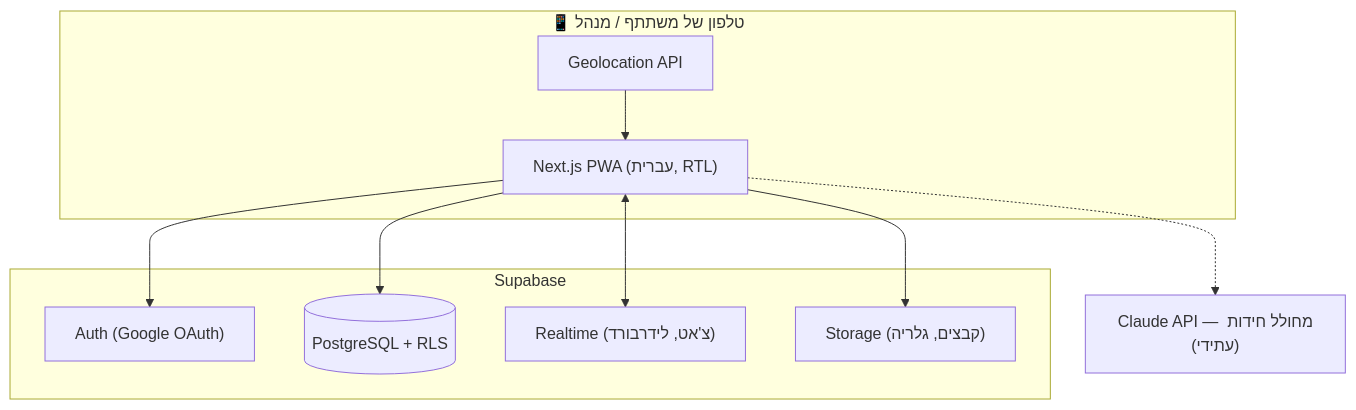
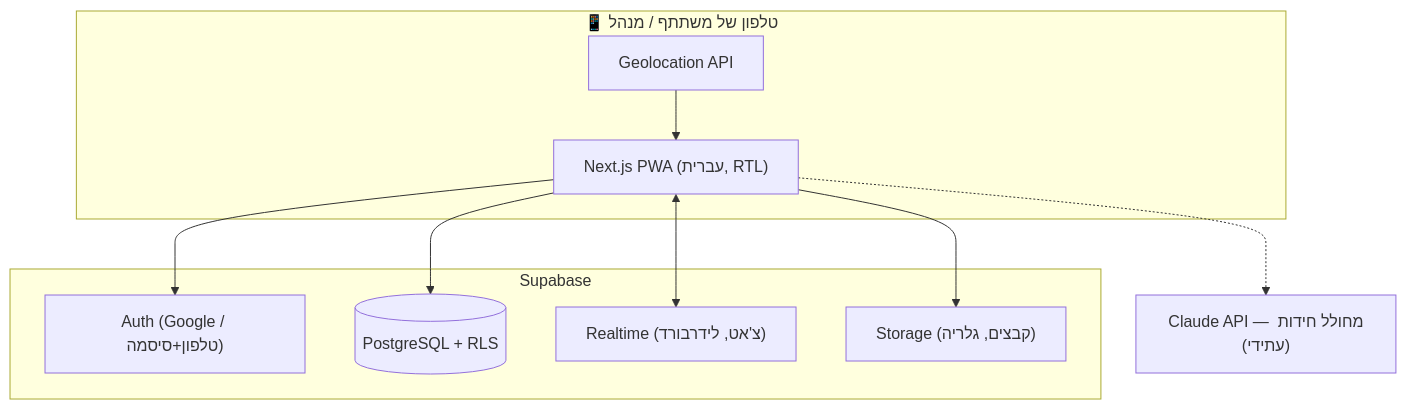
The diagram in docs/02-architecture.md (LironShirazi/cohen-empire), drawn with Mermaid before and after one commit. The commit also changed other lines of this file and 5 other files, not shown here.

````diff
--- a/docs/02-architecture.md
+++ b/docs/02-architecture.md
@@ -24,23 +24,23 @@
 ```mermaid
 flowchart TB
     subgraph Phone["📱 טלפון של משתתף / מנהל"]
         PWA["Next.js PWA (עברית, RTL)"]
         GEO["Geolocation API"]
     end
 
     subgraph Supabase
-        AUTH["Auth (Google OAuth)"]
+        AUTH["Auth (Google / טלפון+סיסמה)"]
         DB[("PostgreSQL + RLS")]
         RT["Realtime (צ'אט, לידרבורד)"]
         ST["Storage (קבצים, גלריה)"]
     end
 
     CLAUDE["Claude API — מחולל חידות (עתידי)"]
 
     PWA --> AUTH
     PWA --> DB
     PWA <--> RT
     PWA --> ST
     GEO --> PWA
     PWA -.-> CLAUDE
 ```
````
